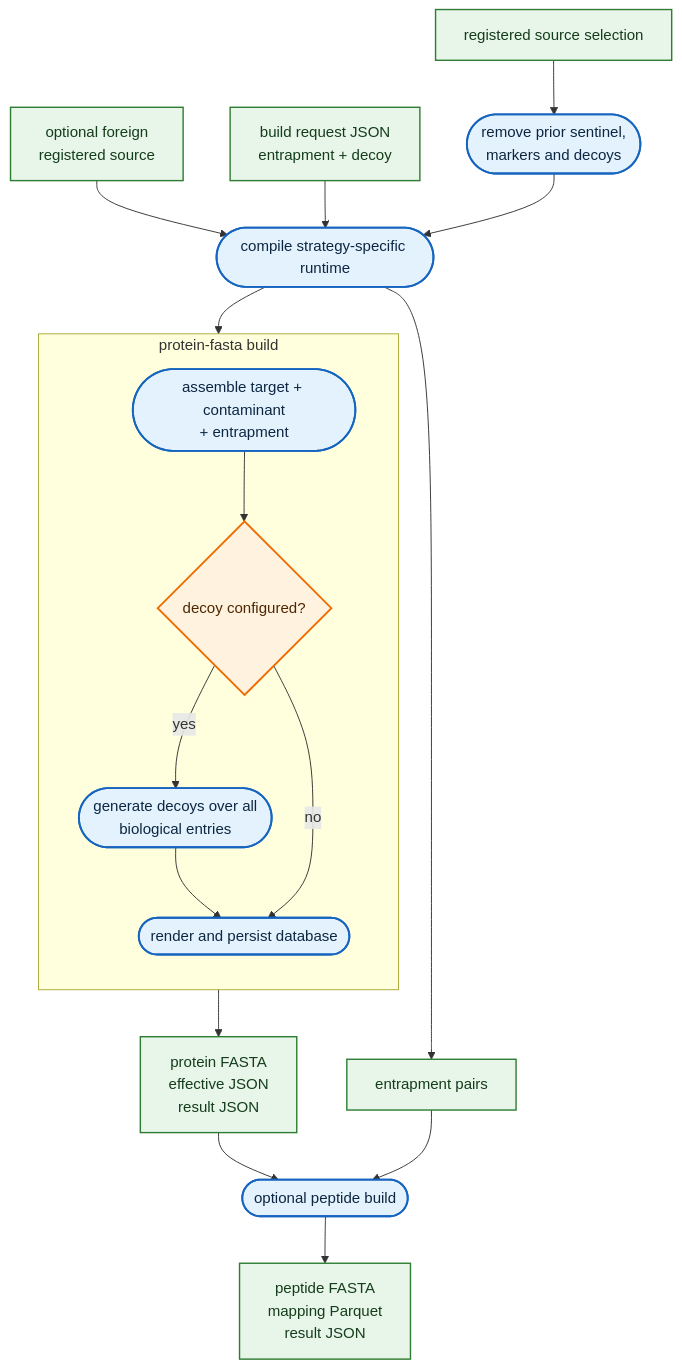
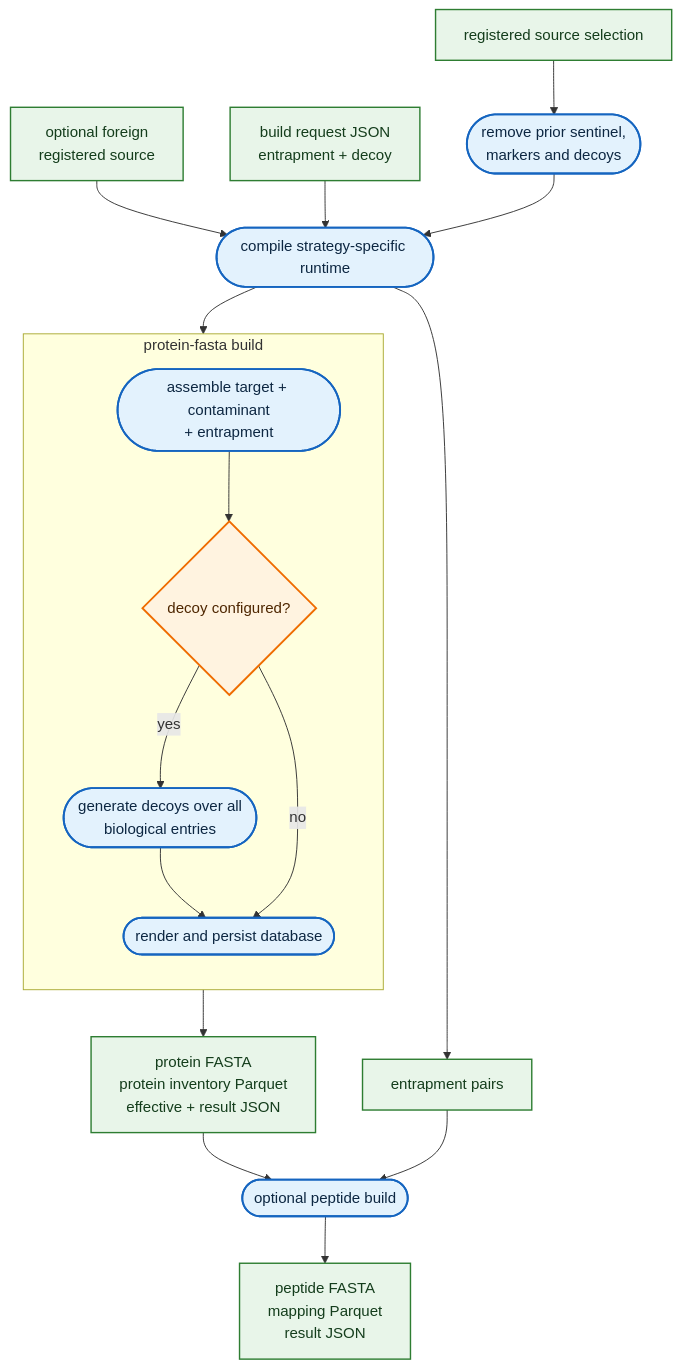
Before and after one commit to anndata-omics-bridge/protein-fasta: the second of 4 diagrams in docs/workflows.md, drawn with Mermaid. The commit also changed other lines of this file and 6 other files, not shown here.

Commit message:
feat: emit protein inventory parquet

````diff
--- a/docs/workflows.md
+++ b/docs/workflows.md
@@ -52,31 +52,31 @@
 ```mermaid
 flowchart TB
     A["registered source selection"] --> B(["remove prior sentinel,<br/>markers and decoys"])
     F["optional foreign<br/>registered source"] --> C(["compile strategy-specific runtime"])
     E["build request JSON<br/>entrapment + decoy"] --> C
     B --> C
     subgraph BUILD["protein-fasta build"]
         direction TB
         D(["assemble target + contaminant<br/>+ entrapment"])
         N{"decoy configured?"}
         G(["generate decoys over all<br/>biological entries"])
         W(["render and persist database"])
         D --> N
         N -->|yes| G
         G --> W
         N -->|no| W
     end
     C --> D
-    W --> H["protein FASTA<br/>effective JSON<br/>result JSON"]
+    W --> H["protein FASTA<br/>protein inventory Parquet<br/>effective + result JSON"]
     C --> I["entrapment pairs"]
     H --> J(["optional peptide build"])
     I --> J
     J --> K["peptide FASTA<br/>mapping Parquet<br/>result JSON"]
 
     classDef compute fill:#e3f2fd,stroke:#1565c0,stroke-width:2px,color:#0d2742
     classDef data fill:#e8f5e9,stroke:#2e7d32,stroke-width:1.5px,color:#143d1c
     classDef decision fill:#fff3e0,stroke:#ef6c00,stroke-width:2px,color:#4e2600
     class B,C,D,G,W,J compute
     class A,E,F,H,I,K data
     class N decision
 ```
````
